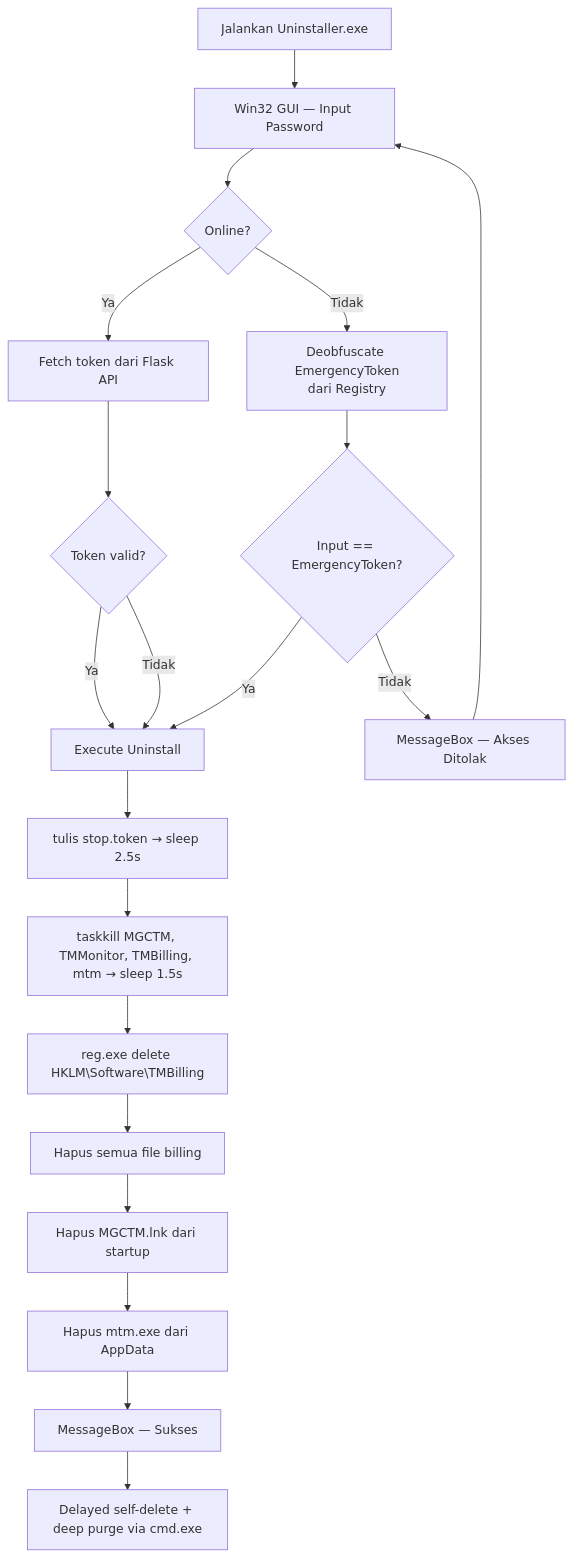
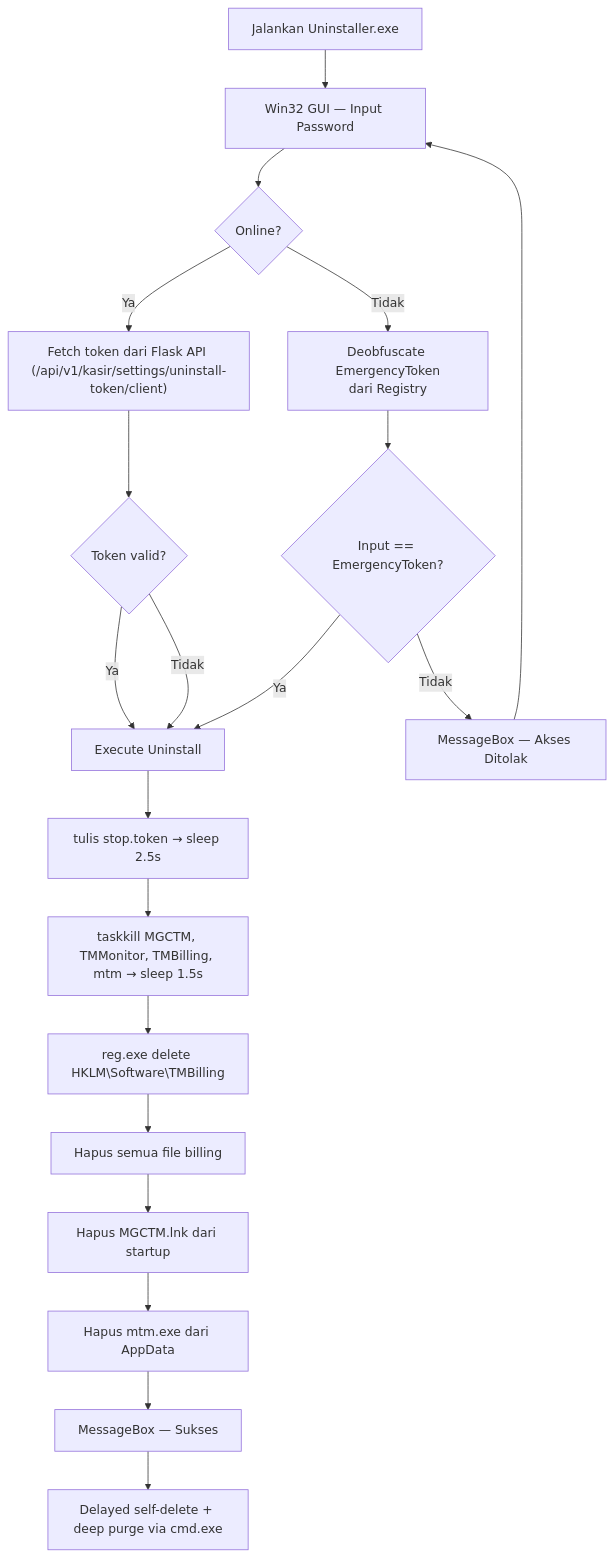
Before and after one commit to milanalfandiismail/TMBilling: the fourth of 5 diagrams in docs/DIAGRAMS.md, drawn with Mermaid. The commit also changed other lines of this file and 19 other files, not shown here.

````diff
--- a/docs/DIAGRAMS.md
+++ b/docs/DIAGRAMS.md
@@ -141,25 +141,25 @@
 ```mermaid
 graph TD
     A[Jalankan Uninstaller.exe] --> B[Win32 GUI — Input Password]
     B --> C{Online?}
     
-    C -->|Ya| D[Fetch token dari Flask API]
+    C -->|Ya| D["Fetch token dari Flask API (/api/v1/kasir/settings/uninstall-token/client)"]
     D --> E{Token valid?}
     E -->|Ya| F[Execute Uninstall]
     E -->|Tidak| F
     
     C -->|Tidak| G[Deobfuscate EmergencyToken<br/>dari Registry]
     G --> H{Input == EmergencyToken?}
     H -->|Ya| F
     H -->|Tidak| I[MessageBox — Akses Ditolak]
     I --> B
-
+ 
     F --> J[tulis stop.token → sleep 2.5s]
     J --> K[taskkill MGCTM, TMMonitor, TMBilling, mtm → sleep 1.5s]
     K --> L[reg.exe delete HKLM\Software\TMBilling]
     L --> M[Hapus semua file billing]
     M --> N[Hapus MGCTM.lnk dari startup]
     N --> O[Hapus mtm.exe dari AppData]
     O --> P[MessageBox — Sukses]
     P --> Q[Delayed self-delete + deep purge via cmd.exe]
 ```
````
